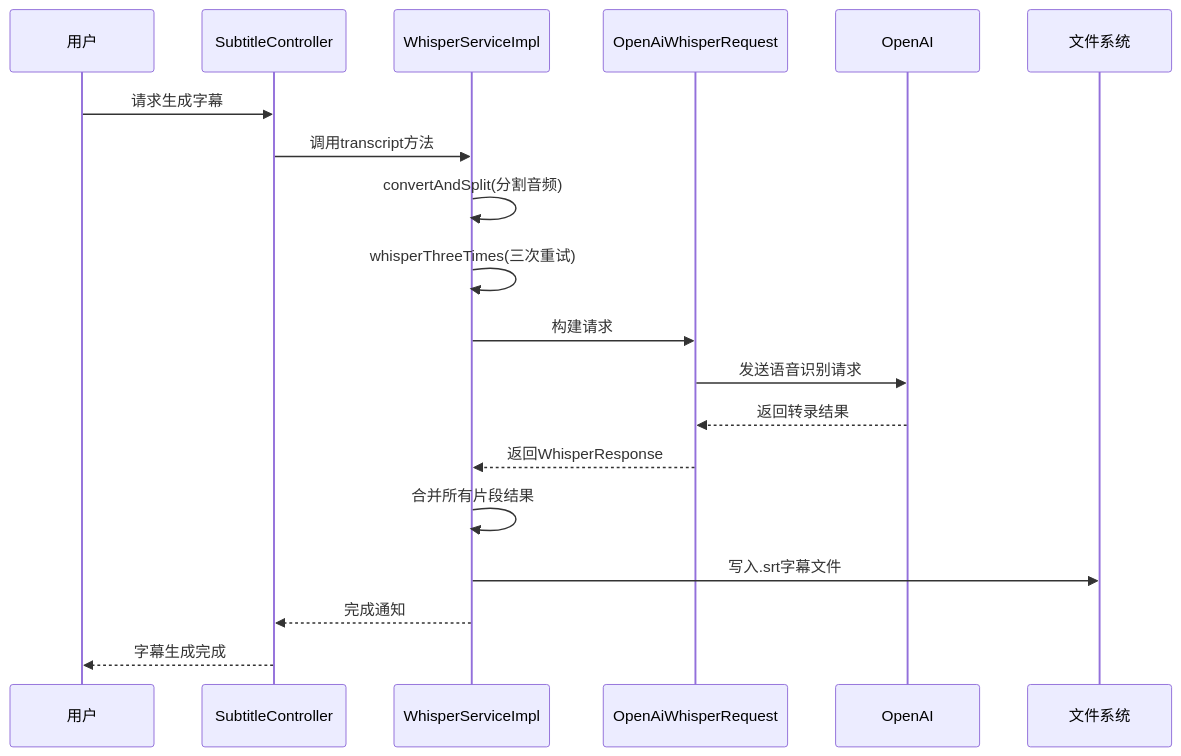
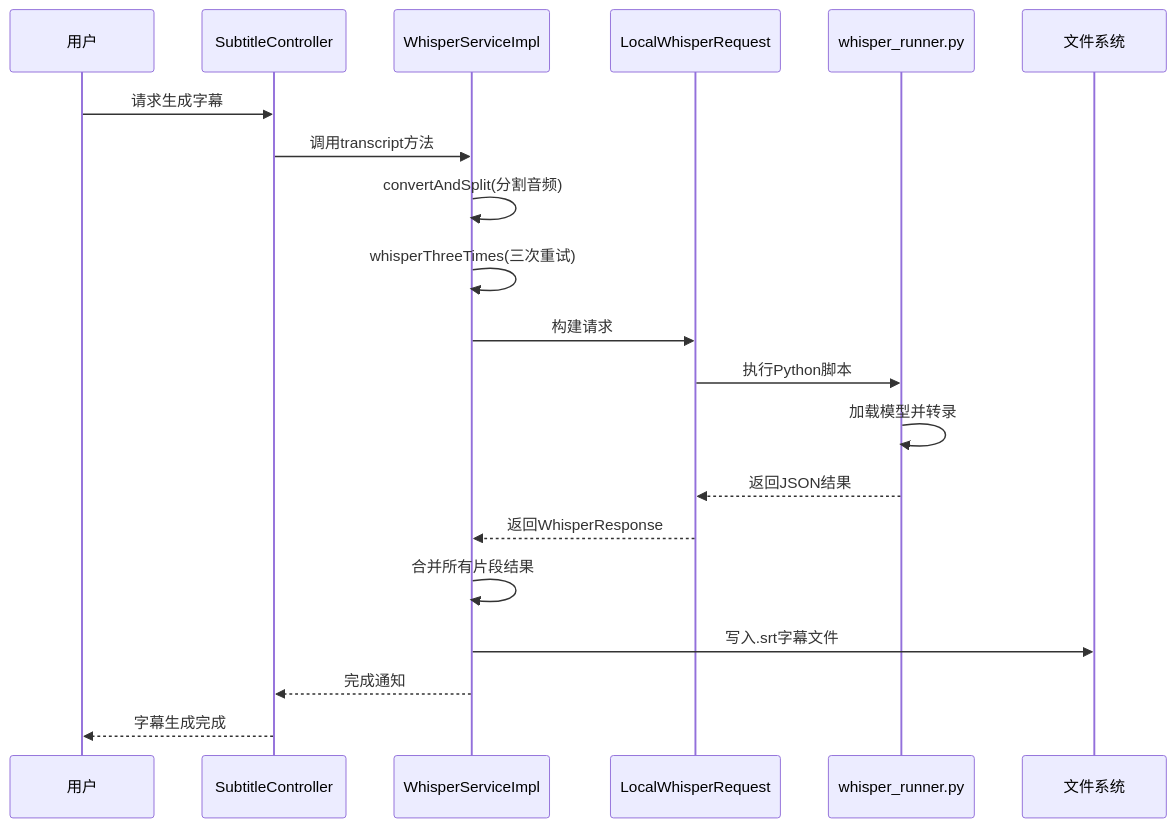
The second of 5 diagrams in .qoder/repowiki/zh/content/核心功能/AI字幕生成.md (afanty2021/DashPlayer), drawn with Mermaid before and after one commit. The commit also changed other lines of this file and 3 other files, not shown here.

````diff
--- a/.qoder/repowiki/zh/content/核心功能/AI字幕生成.md
+++ b/.qoder/repowiki/zh/content/核心功能/AI字幕生成.md
@@ -68,20 +83,21 @@
 ```mermaid
 sequenceDiagram
 participant 用户
 participant SubtitleController
 participant WhisperServiceImpl
-participant OpenAiWhisperRequest
-participant OpenAI
+participant LocalWhisperRequest
+participant whisper_runner.py
 用户->>SubtitleController : 请求生成字幕
 SubtitleController->>WhisperServiceImpl : 调用transcript方法
 WhisperServiceImpl->>WhisperServiceImpl : convertAndSplit(分割音频)
 WhisperServiceImpl->>WhisperServiceImpl : whisperThreeTimes(三次重试)
-WhisperServiceImpl->>OpenAiWhisperRequest : 构建请求
-OpenAiWhisperRequest->>OpenAI : 发送语音识别请求
-OpenAI-->>OpenAiWhisperRequest : 返回转录结果
-OpenAiWhisperRequest-->>WhisperServiceImpl : 返回WhisperResponse
+WhisperServiceImpl->>LocalWhisperRequest : 构建请求
+LocalWhisperRequest->>whisper_runner.py : 执行Python脚本
+whisper_runner.py->>whisper_runner.py : 加载模型并转录
+whisper_runner.py-->>LocalWhisperRequest : 返回JSON结果
+LocalWhisperRequest-->>WhisperServiceImpl : 返回WhisperResponse
 WhisperServiceImpl->>WhisperServiceImpl : 合并所有片段结果
 WhisperServiceImpl->>文件系统 : 写入.srt字幕文件
 WhisperServiceImpl-->>SubtitleController : 完成通知
 SubtitleController-->>用户 : 字幕生成完成
 ```
````
